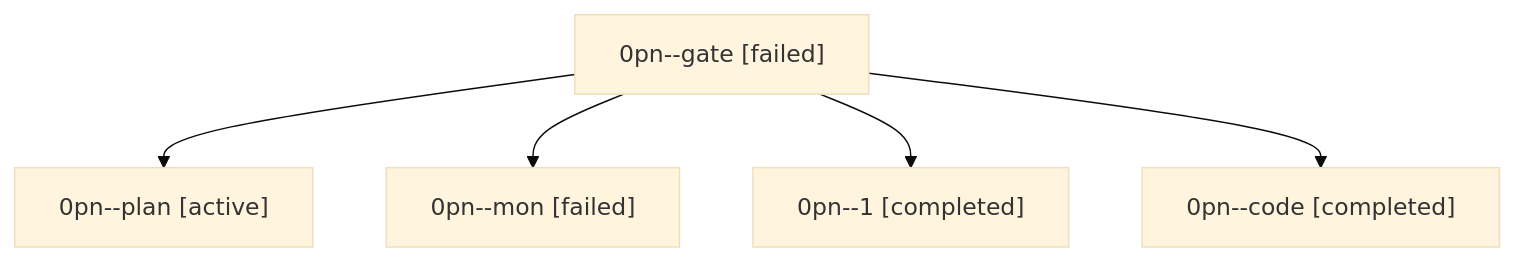
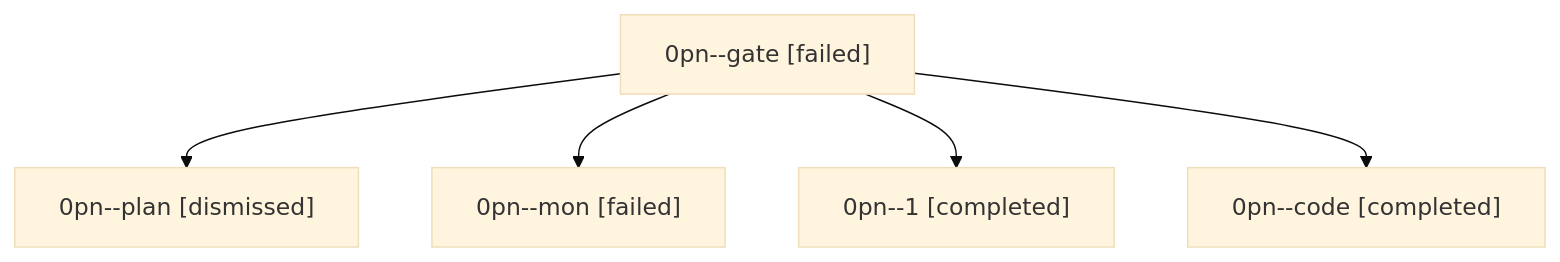
Before and after one commit to sase-org/sase--agents: the diagram in sessions/bbugyi200.athena.0pn.md, drawn with Mermaid (base theme). The commit also changed other lines of this file and 18 other files, not shown here.

````diff
--- a/sessions/bbugyi200.athena.0pn.md
+++ b/sessions/bbugyi200.athena.0pn.md
@@ -9,12 +9,12 @@
 ```mermaid
 flowchart TD
   n0["0pn--gate [failed]"]
-  n1["0pn--plan [active]"]
+  n1["0pn--plan [dismissed]"]
   n0 --> n1
   n2["0pn--mon [failed]"]
   n0 --> n2
   n3["0pn--1 [completed]"]
   n0 --> n3
   n4["0pn--code [completed]"]
   n0 --> n4
 ```
````
